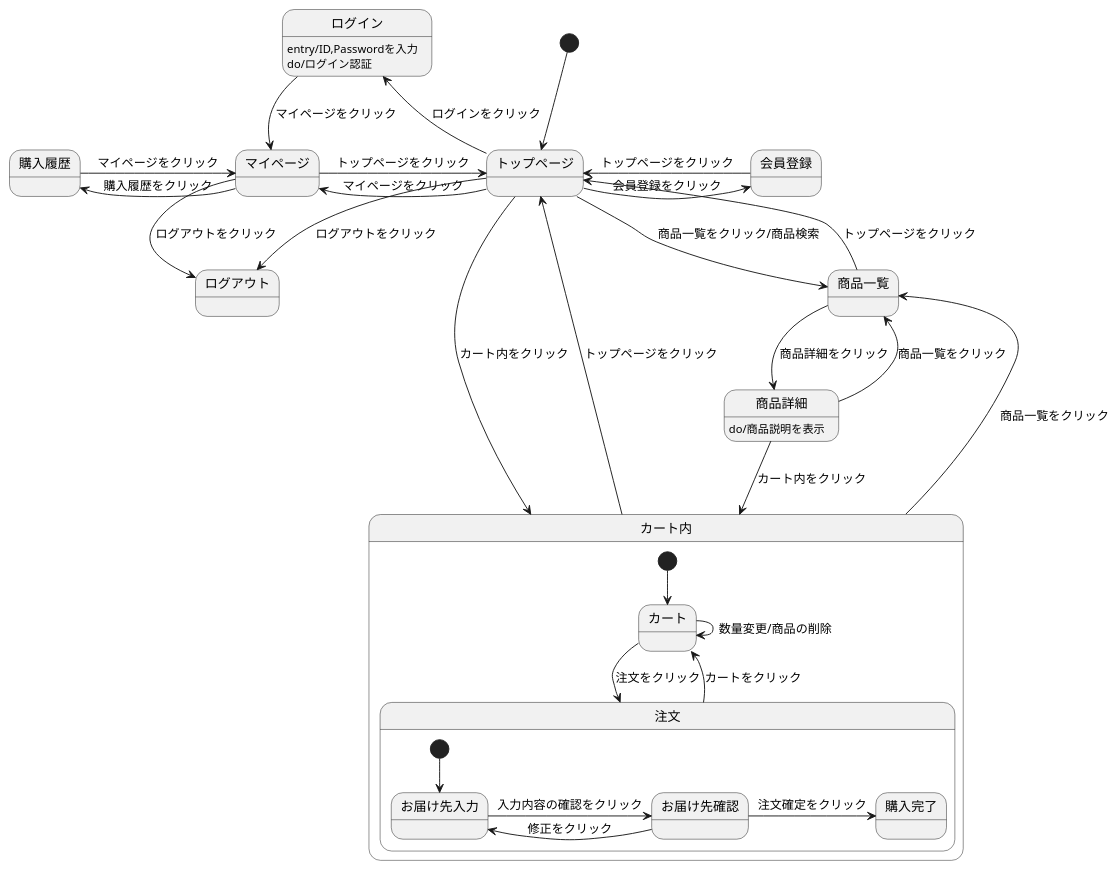
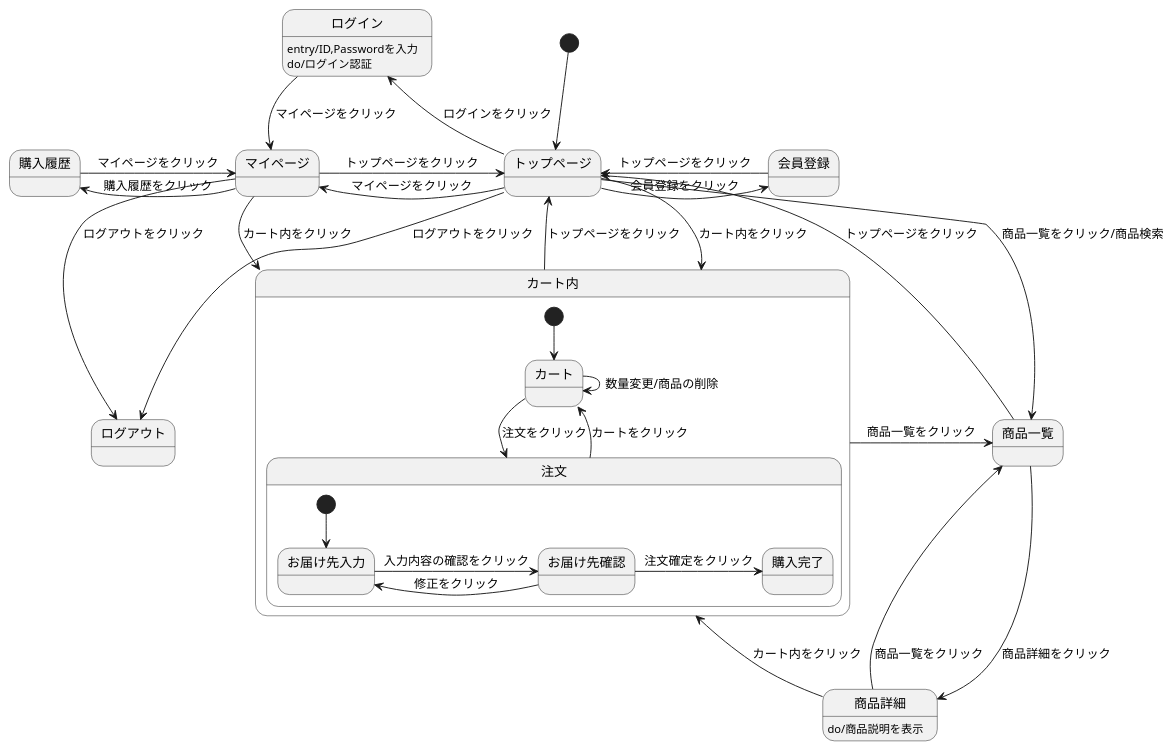
The diagram in Mypage(状態遷移図).md (Aso2001163/2021sys-design-2), drawn with PlantUML before and after one commit.

````diff
--- a/Mypage(状態遷移図).md
+++ b/Mypage(状態遷移図).md
@@ -1,39 +1,40 @@
 ```uml
 @startuml
 [*] --> トップページ
 トップページ -> 会員登録 : 会員登録をクリック
 会員登録 -> トップページ : トップページをクリック
 トップページ -left-> マイページ : マイページをクリック
 トップページ -left-> ログイン : ログインをクリック
 ログイン -down-> マイページ : マイページをクリック
 ログイン:entry/ID,Passwordを入力
 ログイン:do/ログイン認証
 マイページ -> トップページ : トップページをクリック
 マイページ -down-> ログアウト : ログアウトをクリック
 マイページ -left-> 購入履歴 : 購入履歴をクリック
+マイページ -> カート内 : カート内をクリック
 トップページ -> ログアウト : ログアウトをクリック  
 購入履歴 -> マイページ : マイページをクリック
 トップページ --> 商品一覧 : 商品一覧をクリック/商品検索
 商品一覧 -> トップページ : トップページをクリック
 商品一覧 -> 商品詳細 : 商品詳細をクリック  
 商品詳細:do/商品説明を表示
 商品詳細 -down-> 商品一覧 : 商品一覧をクリック
 商品詳細 -down-> カート内 : カート内をクリック
 カート内 -> 商品一覧 : 商品一覧をクリック
 カート内 -up-> トップページ : トップページをクリック
 トップページ -> カート内 : カート内をクリック
 
 state カート内 {
   [*] --> カート
   カート -down-> 注文 : 注文をクリック
   カート -> カート : 数量変更/商品の削除
   注文 -down-> カート : カートをクリック
   state 注文 {
     [*] --> お届け先入力
     お届け先入力 -> お届け先確認 : 入力内容の確認をクリック
     お届け先確認 -> お届け先入力 : 修正をクリック
     お届け先確認 -> 購入完了 : 注文確定をクリック
     }
  }
 @enduml
 ```
````
